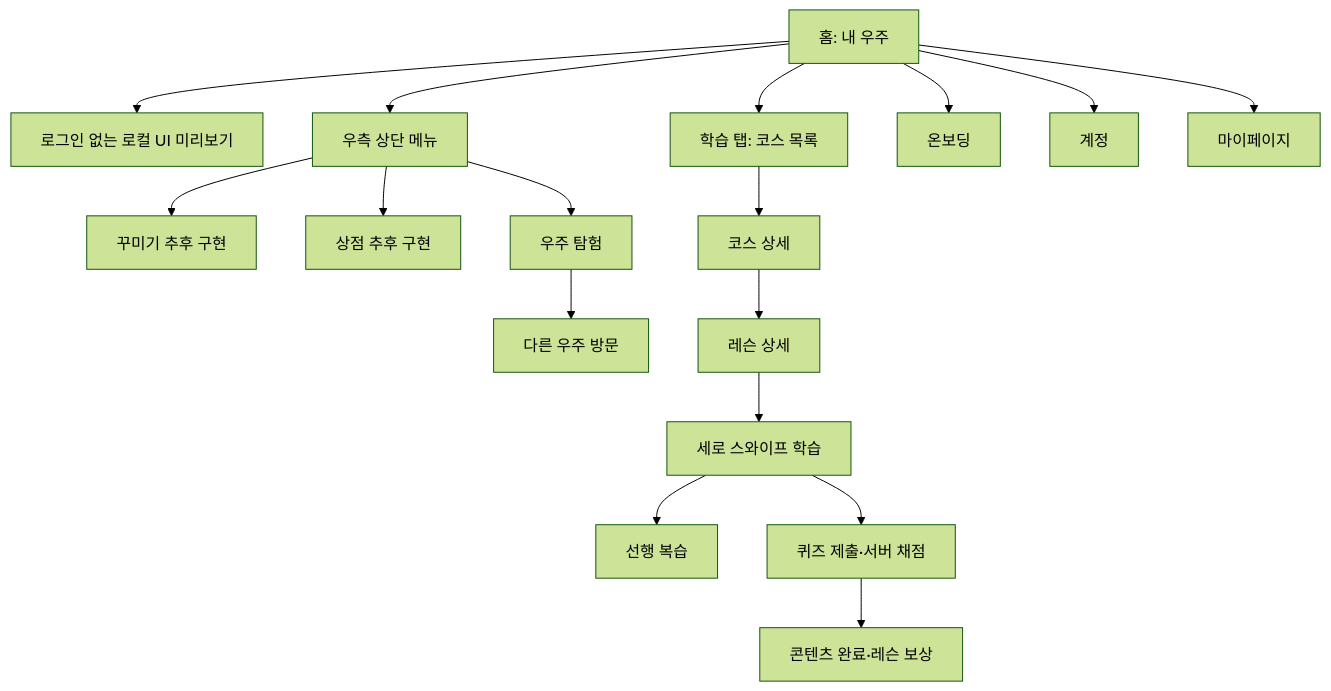
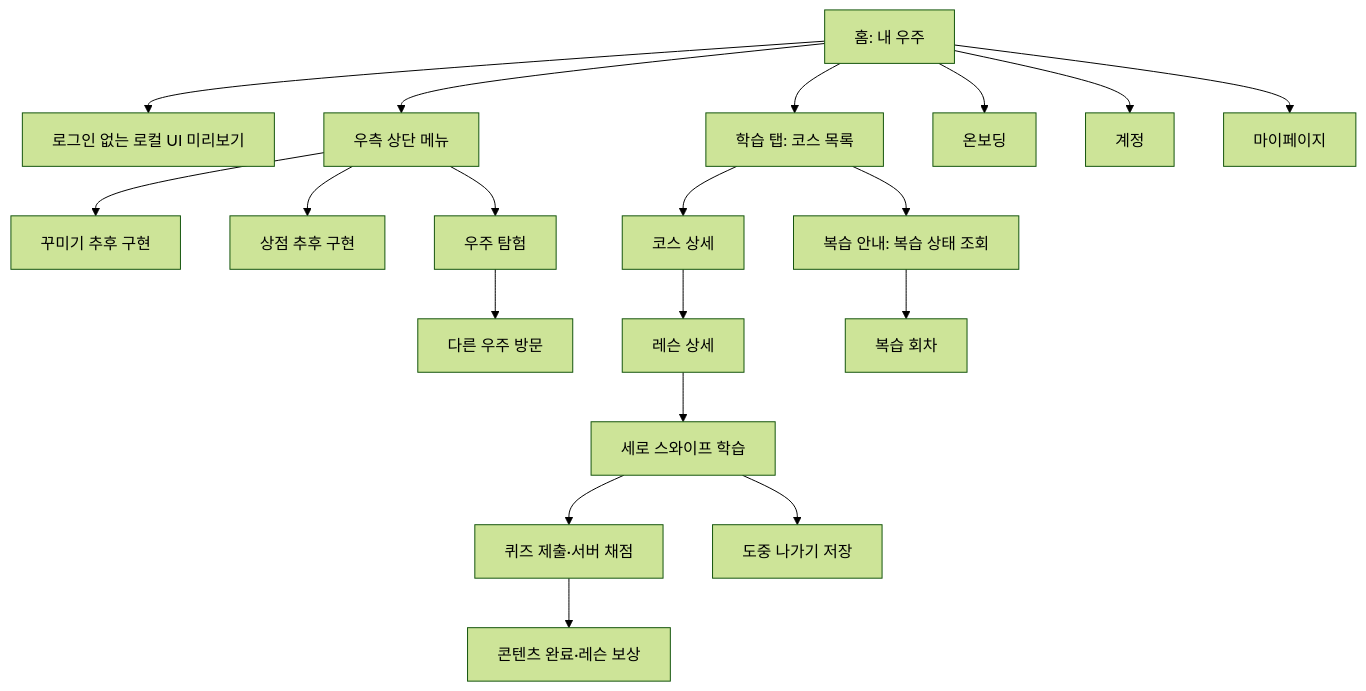
Before and after one commit to ApptiveDev/chorong: the diagram in mobile/SCREEN_FLOW.md, drawn with Mermaid (forest theme). The commit also changed other lines of this file and 17 other files, not shown here.

````diff
--- a/mobile/SCREEN_FLOW.md
+++ b/mobile/SCREEN_FLOW.md
@@ -5,19 +5,21 @@
 ```mermaid
 flowchart TD
   Home --> Preview[로그인 없는 로컬 UI 미리보기]
   Home[홈: 내 우주] --> Menu[우측 상단 메뉴]
   Menu --> Inventory[꾸미기 추후 구현]
   Menu --> Shop[상점 추후 구현]
   Menu --> Social[우주 탐험]
   Home --> Courses[학습 탭: 코스 목록]
   Courses --> Course[코스 상세]
   Course --> Lesson[레슨 상세]
   Lesson --> Study[세로 스와이프 학습]
-  Study --> Review[선행 복습]
+  Courses --> ReviewStart[복습 안내: 복습 상태 조회]
+  ReviewStart --> Review[복습 회차]
   Study --> Grade[퀴즈 제출·서버 채점]
+  Study --> Save[도중 나가기 저장]
   Grade --> Reward[콘텐츠 완료·레슨 보상]
   Home --> Onboarding[온보딩]
   Social --> Visit[다른 우주 방문]
   Home --> Account[계정]
   Home --> Profile[마이페이지]
 ```
````
